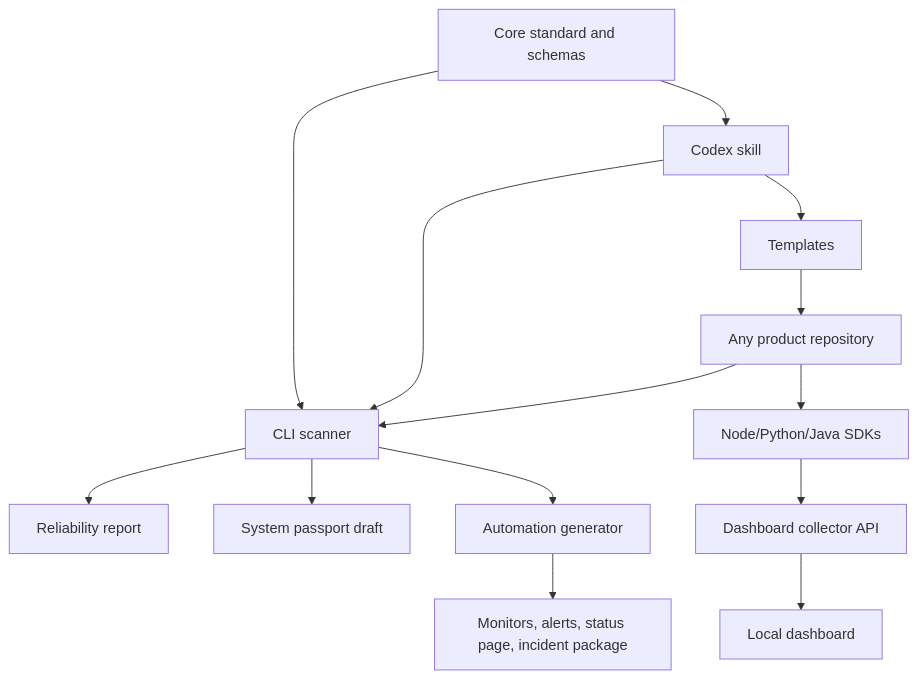
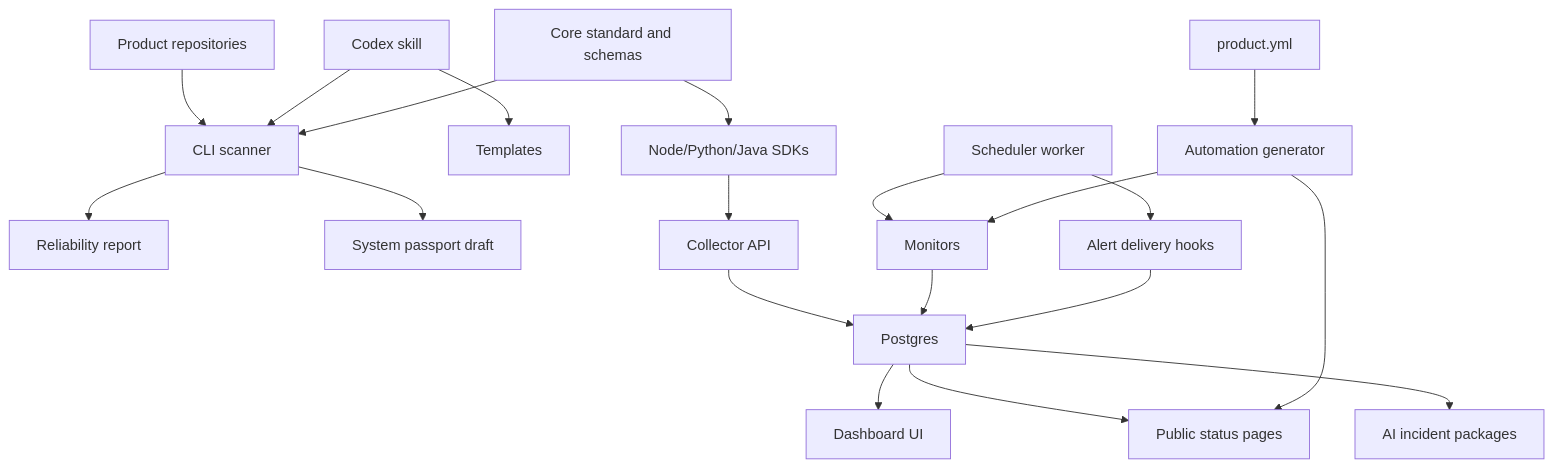
The first of 2 diagrams in docs/architecture.md (shubaomi/ai-product-reliability-kit), drawn with Mermaid before and after one commit. The commit also changed other lines of this file and 45 other files, not shown here.

````diff
--- a/docs/architecture.md
+++ b/docs/architecture.md
@@ -5,16 +5,22 @@
 ```mermaid
 flowchart TD
-  P["Any product repository"] --> C["CLI scanner"]
+  P["Product repositories"] --> C["CLI scanner"]
   C --> R["Reliability report"]
   C --> S["System passport draft"]
   K["Codex skill"] --> C
   K --> T["Templates"]
-  T --> P
   STD["Core standard and schemas"] --> C
-  STD --> K
-  SDK["Node/Python/Java SDKs"] --> API["Dashboard collector API"]
-  P --> SDK
-  API --> D["Local dashboard"]
-  A["Automation generator"] --> M["Monitors, alerts, status page, incident package"]
-  C --> A
+  STD --> SDK["Node/Python/Java SDKs"]
+  SDK --> API["Collector API"]
+  API --> DB["Postgres"]
+  DB --> D["Dashboard UI"]
+  DB --> SP["Public status pages"]
+  DB --> IP["AI incident packages"]
+  W["Scheduler worker"] --> M["Monitors"]
+  M --> DB
+  W --> A["Alert delivery hooks"]
+  A --> DB
+  G["product.yml"] --> AUTO["Automation generator"]
+  AUTO --> M
+  AUTO --> SP
 ```
````
